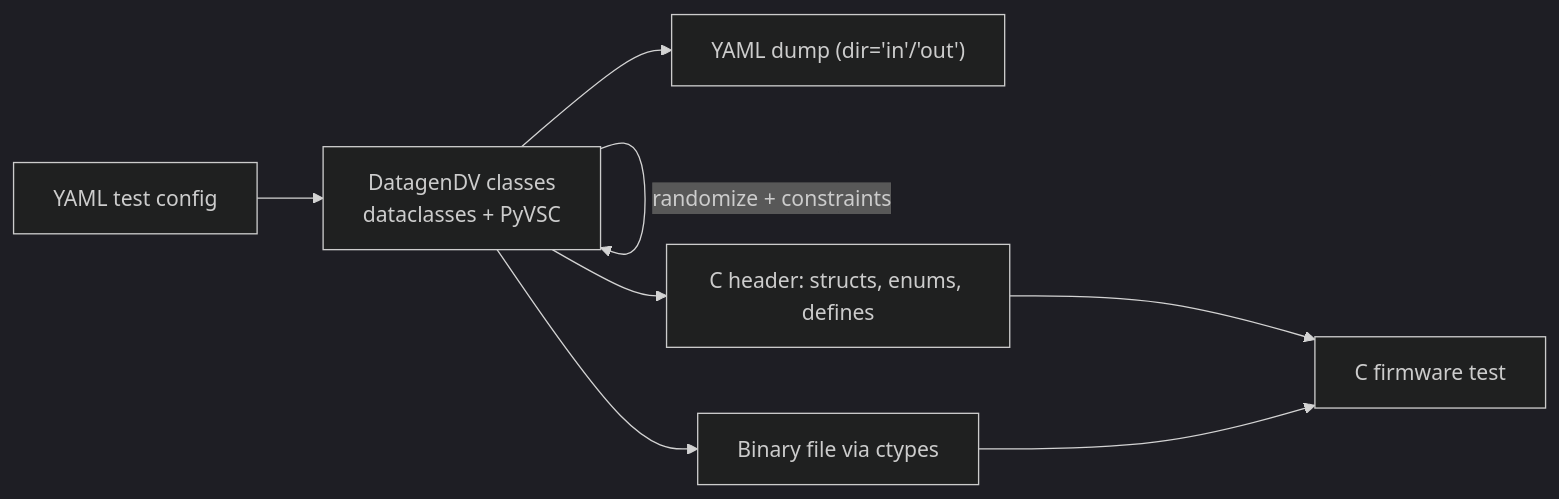
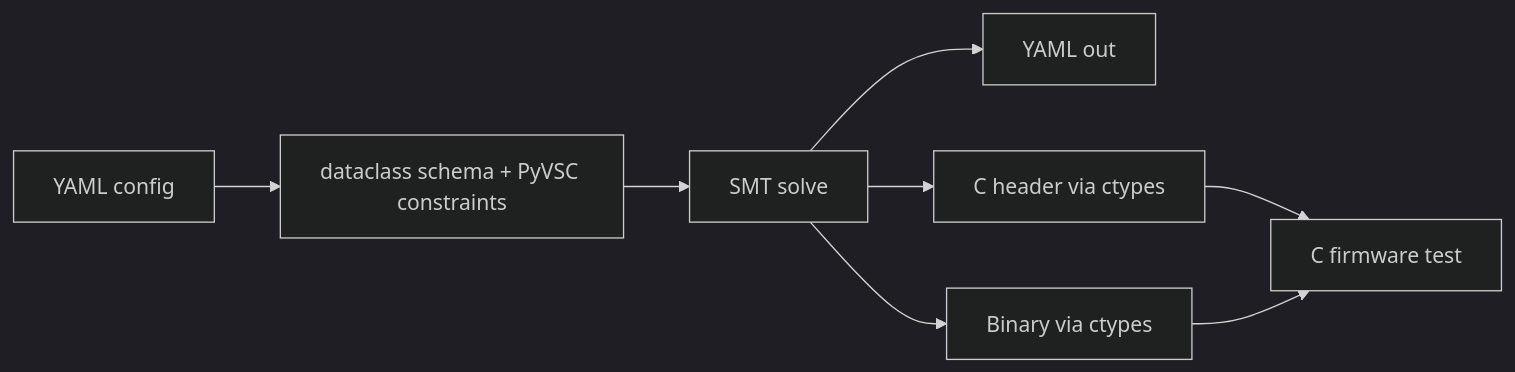
Before and after one commit to nemo99007/yt-paper: the diagram in docs/papers/ref-20261018-d08e-datagendv-python-constrained-random-test-stimulus-framework.md, drawn with Mermaid (dark theme). The commit also changed other lines of this file and 172 other files, not shown here.

````diff
--- a/docs/papers/ref-20261018-d08e-datagendv-python-constrained-random-test-stimulus-framework.md
+++ b/docs/papers/ref-20261018-d08e-datagendv-python-constrained-random-test-stimulus-framework.md
@@ -199,10 +212,10 @@
 ```mermaid
 flowchart LR
-  Y["YAML test config"] --> P["DatagenDV classes<br/>dataclasses + PyVSC"]
-  P -->|"randomize + constraints"| P
-  P --> O1["YAML dump (dir='in'/'out')"]
-  P --> O2["C header: structs, enums, defines"]
-  P --> O3["Binary file via ctypes"]
-  O2 --> C["C firmware test"]
+  Y[YAML config] --> D[dataclass schema + PyVSC constraints]
+  D --> S[SMT solve]
+  S --> O1[YAML out]
+  S --> O2[C header via ctypes]
+  S --> O3[Binary via ctypes]
+  O2 --> C[C firmware test]
   O3 --> C
 ```
````
